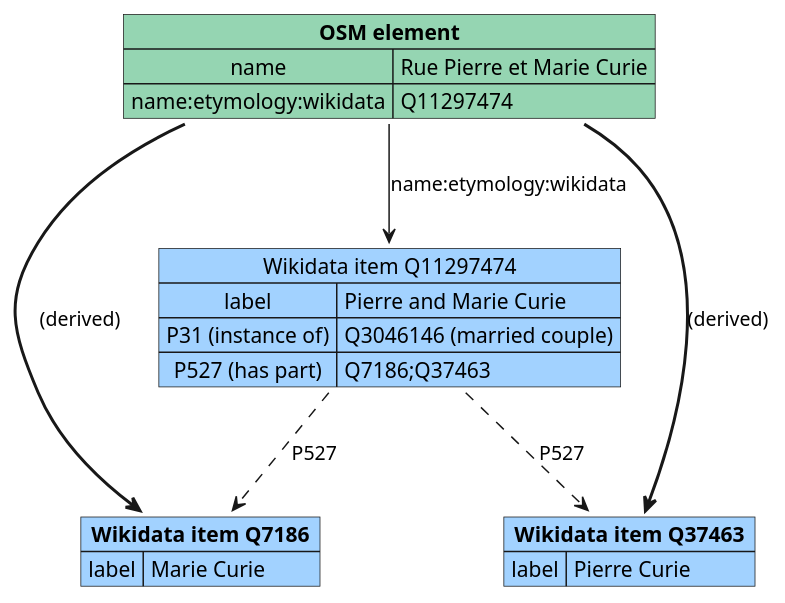
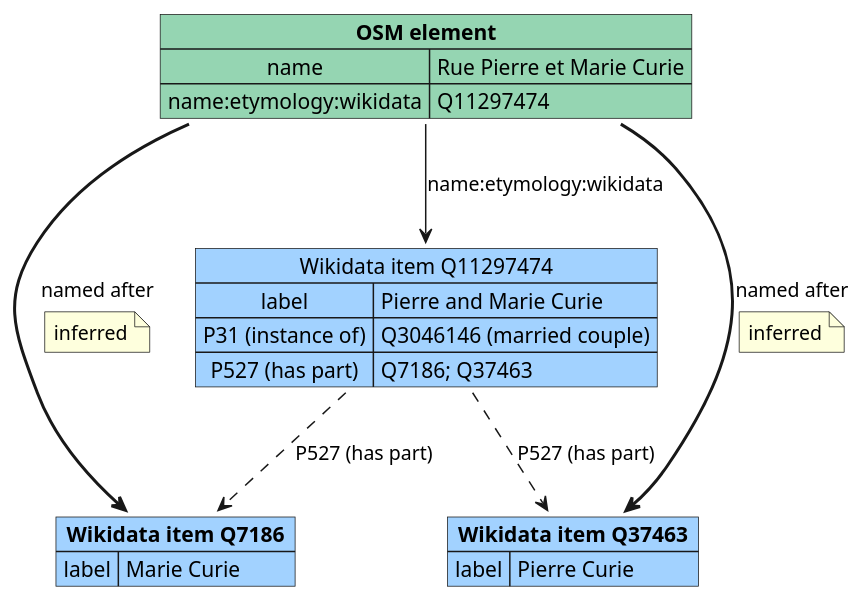
One commit to Danysan1/osm-wikidata-map-framework changed the diagram in images/data/part_of.plantuml. Above: the diagram before and after it, drawn with PlantUML. The commit also changed 13 other files, not shown here.

```diff
--- a/images/data/part_of.plantuml
+++ b/images/data/part_of.plantuml
@@ -1,27 +1,29 @@
 @startuml part_of
 
 map "**Wikidata item Q7186**" as wikia #a2d2ff {
   label => Marie Curie
 }
 map "**Wikidata item Q37463**" as wikib #a2d2ff {
   label => Pierre Curie
 }
 map "Wikidata item Q11297474" as wikic #a2d2ff {
   label => Pierre and Marie Curie
   P31 (instance of) => Q3046146 (married couple)
-  P527 (has part) => Q7186;Q37463
+  P527 (has part) => Q7186; Q37463
 }
 
 map "**OSM element**" as osmg #95d5b2 {
   name => Rue Pierre et Marie Curie
   name:etymology:wikidata => Q11297474
 }
 
-osmg -[bold]-> wikia : (derived)
-osmg -[bold]-> wikib : (derived)
+osmg -[bold]-> wikia : named after
+note on link: inferred
+osmg -[bold]-> wikib : named after
+note on link: inferred
 osmg --> wikic : name:etymology:wikidata
 
-wikic ..> wikia : P527
-wikic ..> wikib : P527
+wikic ..> wikia : P527 (has part)
+wikic ..> wikib : P527 (has part)
 
 @enduml
```
